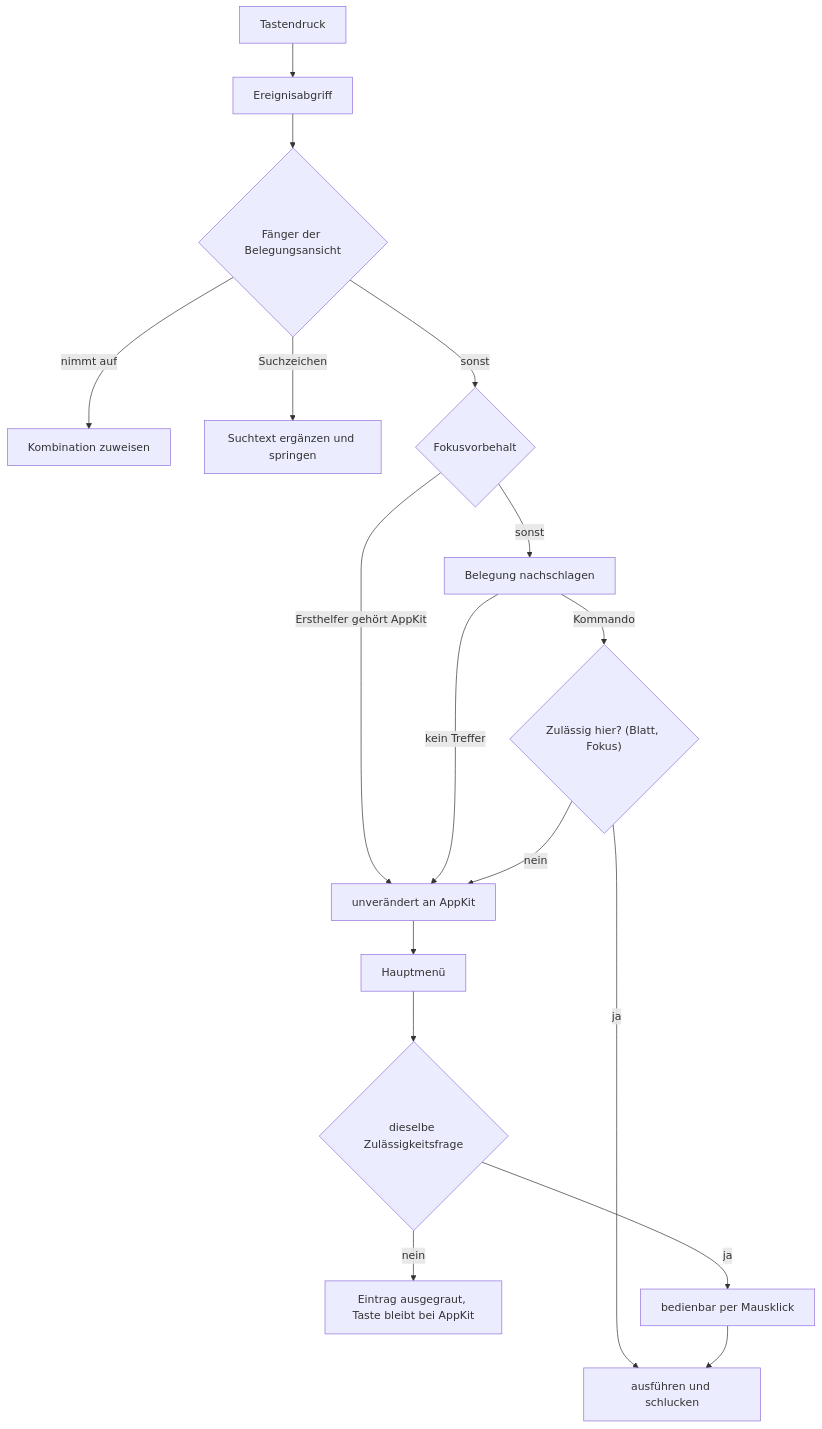
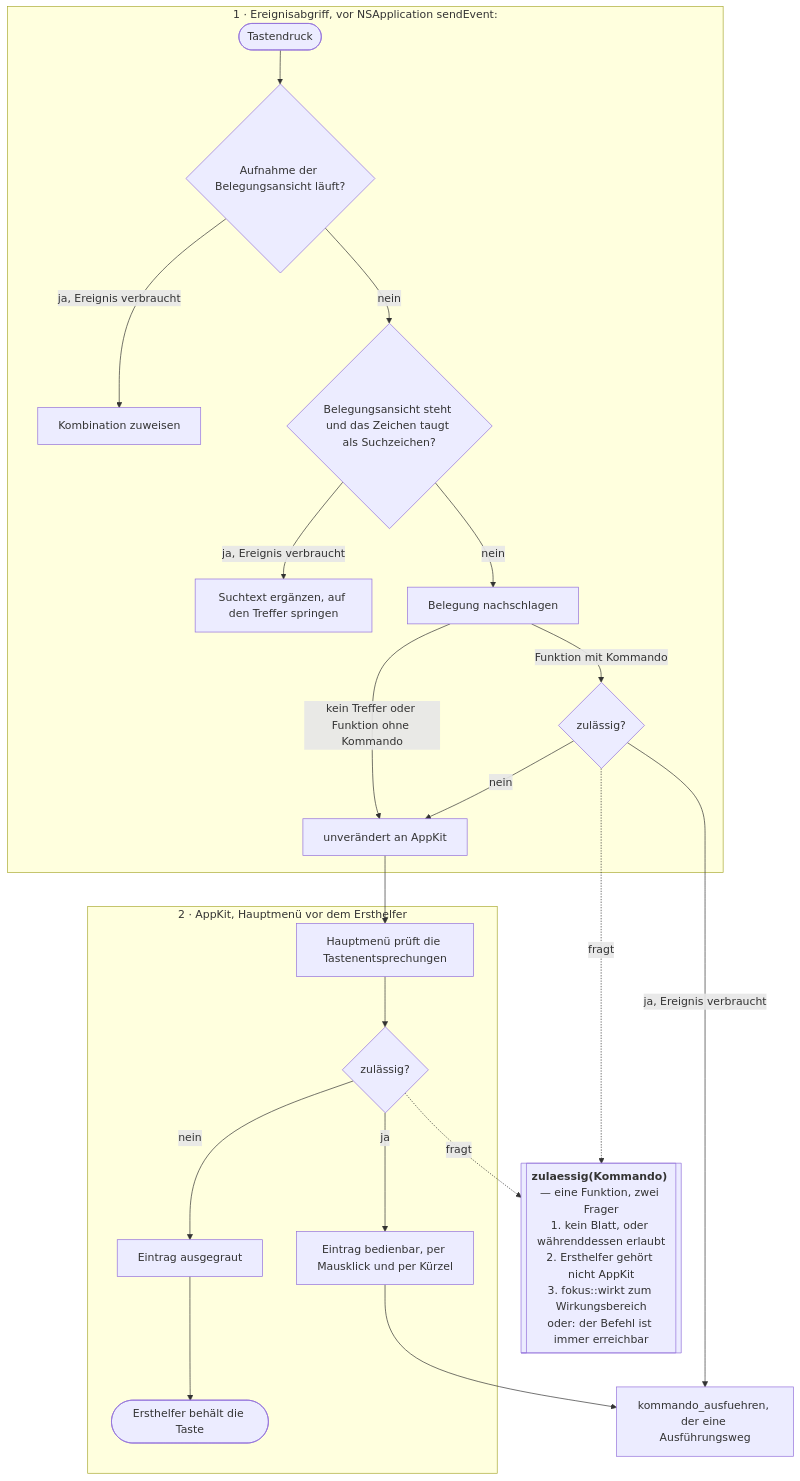
The second of 3 diagrams in fusion-workbench/shared/planning/260813-0053_o_spec-suche-in-der-belegung-vollstaendiges-menue-zweite-instanz.md (tenzoki/krk), drawn with Mermaid before and after one commit. The commit also changed other lines of this file and 3 other files, not shown here.

````diff
--- a/fusion-workbench/shared/planning/260813-0053_o_spec-suche-in-der-belegung-vollstaendiges-menue-zweite-instanz.md
+++ b/fusion-workbench/shared/planning/260813-0053_o_spec-suche-in-der-belegung-vollstaendiges-menue-zweite-instanz.md
@@ -33,19 +62,25 @@
 ```mermaid
 flowchart TD
-    E[Tastendruck] --> A[Ereignisabgriff]
-    A --> F{Fänger der Belegungsansicht}
-    F -->|nimmt auf| Z[Kombination zuweisen]
-    F -->|Suchzeichen| S[Suchtext ergänzen und springen]
-    F -->|sonst| V{Fokusvorbehalt}
-    V -->|Ersthelfer gehört AppKit| APP[unverändert an AppKit]
-    V -->|sonst| N[Belegung nachschlagen]
-    N -->|Kommando| ZUL{"Zulässig hier? (Blatt, Fokus)"}
-    N -->|kein Treffer| APP
-    ZUL -->|ja| AUS[ausführen und schlucken]
-    ZUL -->|nein| APP
-    APP --> M[Hauptmenü]
-    M --> ZUL2{"dieselbe Zulässigkeitsfrage"}
-    ZUL2 -->|nein| GRAU[Eintrag ausgegraut, Taste bleibt bei AppKit]
-    ZUL2 -->|ja| KLICK[bedienbar per Mausklick]
-    KLICK --> AUS
+    subgraph ABGRIFF["1 · Ereignisabgriff, vor NSApplication sendEvent:"]
+        E([Tastendruck]) --> AUF{"Aufnahme der Belegungsansicht läuft?"}
+        AUF -->|"ja, Ereignis verbraucht"| ZUW["Kombination zuweisen"]
+        AUF -->|nein| SUF{"Belegungsansicht steht und das Zeichen taugt als Suchzeichen?"}
+        SUF -->|"ja, Ereignis verbraucht"| SUCH["Suchtext ergänzen, auf den Treffer springen"]
+        SUF -->|nein| NACH["Belegung nachschlagen"]
+        NACH -->|"kein Treffer oder Funktion ohne Kommando"| WEITER["unverändert an AppKit"]
+        NACH -->|"Funktion mit Kommando"| A1{"zulässig?"}
+        A1 -->|nein| WEITER
+    end
+    subgraph APPKIT["2 · AppKit, Hauptmenü vor dem Ersthelfer"]
+        WEITER --> MENUE["Hauptmenü prüft die Tastenentsprechungen"]
+        MENUE --> A2{"zulässig?"}
+        A2 -->|nein| GRAU["Eintrag ausgegraut"]
+        A2 -->|ja| FREI["Eintrag bedienbar, per Mausklick und per Kürzel"]
+        GRAU --> ERST([Ersthelfer behält die Taste])
+    end
+    A1 -->|"ja, Ereignis verbraucht"| TUN["kommando_ausfuehren, der eine Ausführungsweg"]
+    FREI --> TUN
+    REGEL[["<b>zulaessig(Kommando)</b> — eine Funktion, zwei Frager<br/>1. kein Blatt, oder währenddessen erlaubt<br/>2. Ersthelfer gehört nicht AppKit<br/>3. fokus::wirkt zum Wirkungsbereich<br/>oder: der Befehl ist immer erreichbar"]]
+    A1 -.->|fragt| REGEL
+    A2 -.->|fragt| REGEL
 ```
````
